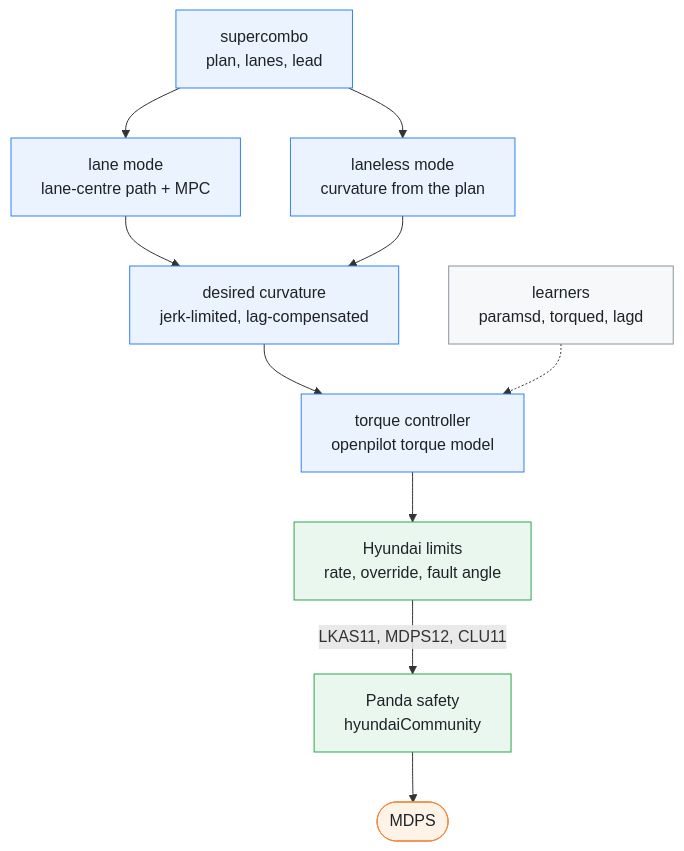
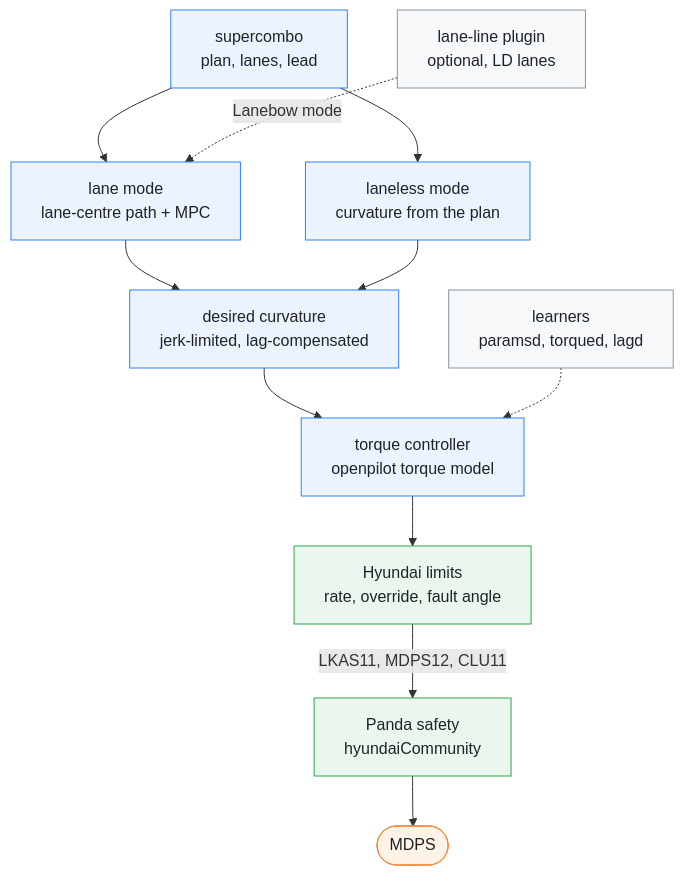
Before and after one commit to Deggory/edgepilot: the third of 7 diagrams in README.md, drawn with Mermaid. The commit also changed other lines of this file and 73 other files, not shown here.

````diff
--- a/README.md
+++ b/README.md
@@ -144,25 +144,26 @@
 ```mermaid
 ---
 config:
   flowchart:
     wrappingWidth: 400
 ---
 flowchart TB
     model["supercombo<br>plan, lanes, lead"] --> lane["lane mode<br>lane-centre path + MPC"]
+    ld["lane-line plugin<br>optional, LD lanes"] -. "Lanebow mode" .-> lane
     model --> laneless["laneless mode<br>curvature from the plan"]
     lane --> desired["desired curvature<br>jerk-limited, lag-compensated"]
     laneless --> desired
     desired --> torque["torque controller<br>openpilot torque model"]
     learners["learners<br>paramsd, torqued, lagd"] -.-> torque
     torque --> limits["Hyundai limits<br>rate, override, fault angle"]
     limits -- "LKAS11, MDPS12, CLU11" --> safety["Panda safety<br>hyundaiCommunity"]
     safety --> mdps(["MDPS"])
     classDef compute fill:#ebf3fe,stroke:#2f81f7,color:#1f2328
     classDef proc fill:#f6f8fa,stroke:#8b949e,color:#1f2328
     classDef external fill:#fff3e8,stroke:#f0883e,color:#1f2328
     classDef safety fill:#eaf7ee,stroke:#2da44e,color:#1f2328
     class model,lane,laneless,desired,torque compute
-    class learners proc
+    class learners,ld proc
     class limits,safety safety
     class mdps external
 ```
````
